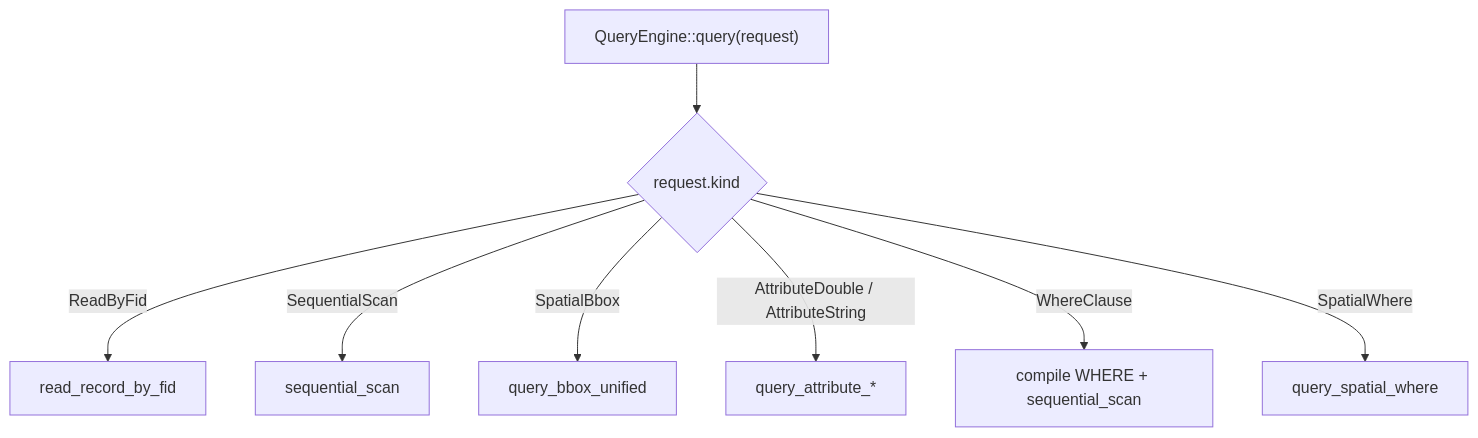
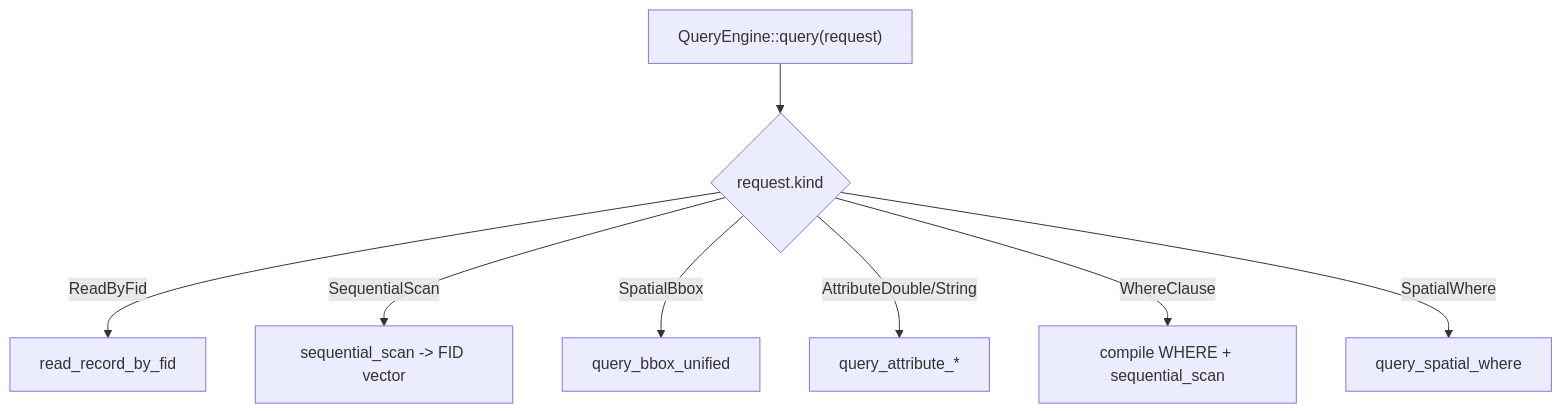
One commit to EdgarLQS/fast-gdb changed the first of 5 diagrams in src/edgar/explorgdb/reader/QUERY_FLOW.md. Above: the diagram before and after it, drawn with Mermaid. The commit also changed other lines of this file, not shown here.

Commit message:
docs: document full-feature cursor and move_to flow

````diff
--- a/src/edgar/explorgdb/reader/QUERY_FLOW.md
+++ b/src/edgar/explorgdb/reader/QUERY_FLOW.md
@@ -7,10 +13,10 @@
 ```mermaid
 flowchart TD
     Q["QueryEngine::query(request)"] --> K{request.kind}
     K -->|ReadByFid| FID["read_record_by_fid"]
-    K -->|SequentialScan| SEQ["sequential_scan"]
+    K -->|SequentialScan| SEQ["sequential_scan -> FID vector"]
     K -->|SpatialBbox| SP["query_bbox_unified"]
-    K -->|AttributeDouble / AttributeString| AT["query_attribute_*"]
+    K -->|AttributeDouble/String| AT["query_attribute_*"]
     K -->|WhereClause| WH["compile WHERE + sequential_scan"]
     K -->|SpatialWhere| SW["query_spatial_where"]
 ```
````
